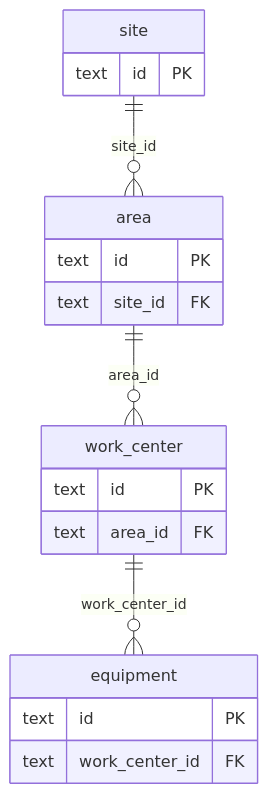
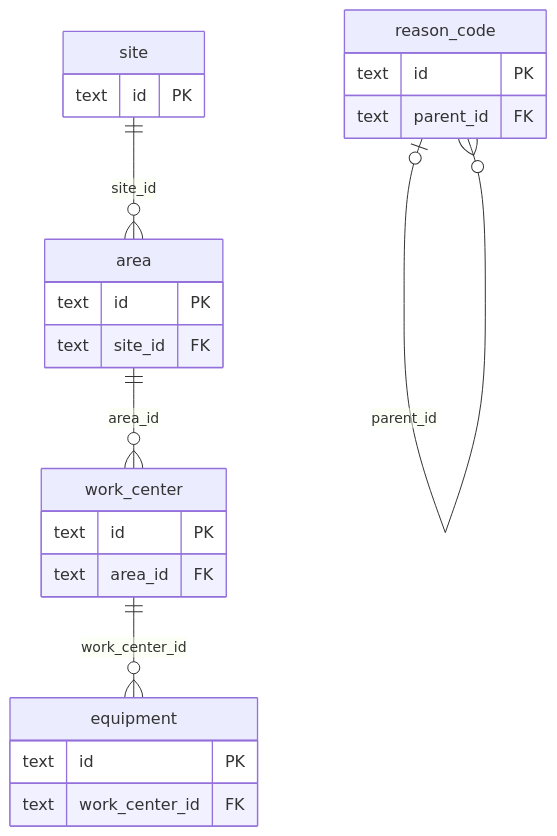
Before and after one commit to kubilayture/shopfloor-twin: the diagram in docs/data-model.md, drawn with Mermaid. The commit also changed other lines of this file and 42 other files, not shown here.

````diff
--- a/docs/data-model.md
+++ b/docs/data-model.md
@@ -58,21 +60,26 @@
 ```mermaid
 erDiagram
   area {
     text id PK
     text site_id FK
   }
   equipment {
     text id PK
     text work_center_id FK
   }
+  reason_code {
+    text id PK
+    text parent_id FK
+  }
   site {
     text id PK
   }
   work_center {
     text id PK
     text area_id FK
   }
   site ||--o{ area : "site_id"
   work_center ||--o{ equipment : "work_center_id"
+  reason_code |o--o{ reason_code : "parent_id"
   area ||--o{ work_center : "area_id"
 ```
````
